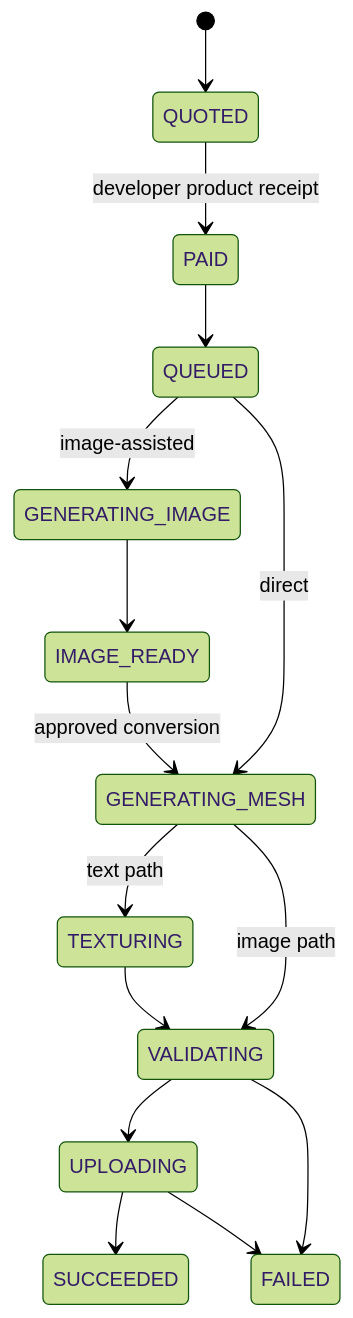
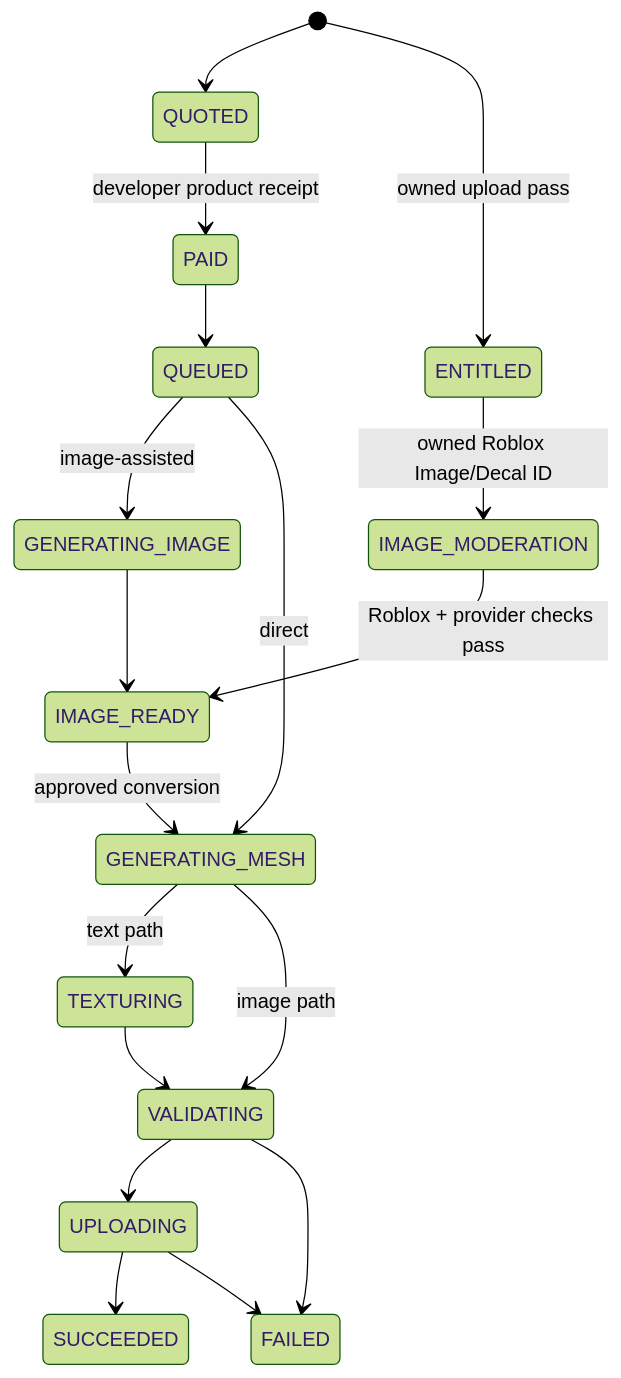
The second of 2 diagrams in docs/ARCHITECTURE.md (tinkertoys3dee-wq/MeshyAIRoblox), drawn with Mermaid (forest theme) before and after one commit. The commit also changed other lines of this file and 27 other files, not shown here.

````diff
--- a/docs/ARCHITECTURE.md
+++ b/docs/ARCHITECTURE.md
@@ -21,17 +24,20 @@
 ```mermaid
 stateDiagram-v2
     [*] --> QUOTED
+    [*] --> ENTITLED: owned upload pass
+    ENTITLED --> IMAGE_MODERATION: owned Roblox Image/Decal ID
+    IMAGE_MODERATION --> IMAGE_READY: Roblox + provider checks pass
     QUOTED --> PAID: developer product receipt
     PAID --> QUEUED
     QUEUED --> GENERATING_IMAGE: image-assisted
     QUEUED --> GENERATING_MESH: direct
     GENERATING_IMAGE --> IMAGE_READY
     IMAGE_READY --> GENERATING_MESH: approved conversion
     GENERATING_MESH --> TEXTURING: text path
     GENERATING_MESH --> VALIDATING: image path
     TEXTURING --> VALIDATING
     VALIDATING --> UPLOADING
     UPLOADING --> SUCCEEDED
     VALIDATING --> FAILED
     UPLOADING --> FAILED
 ```
````
